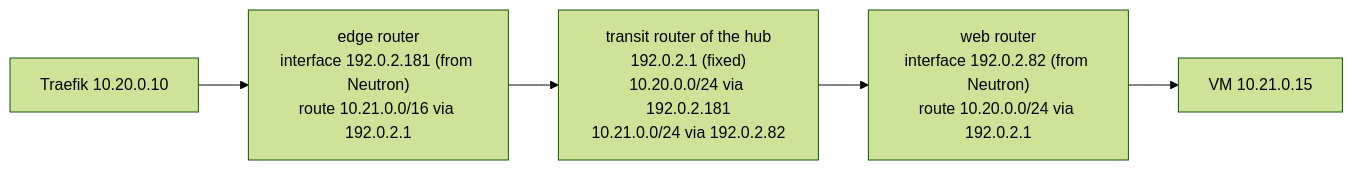
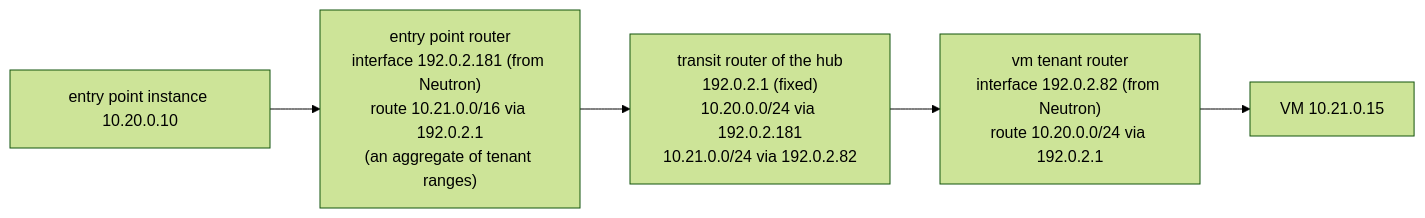
One commit to CyprisTech/openstack-multitenant-reference changed the second of 2 diagrams in docs/concepts/plane-attachment.md. Above: the diagram before and after it, drawn with Mermaid (forest theme). The commit also changed other lines of this file and 45 other files, not shown here.

````diff
--- a/docs/concepts/plane-attachment.md
+++ b/docs/concepts/plane-attachment.md
@@ -37,7 +37,7 @@
 ```mermaid
 flowchart LR
-    T["Traefik 10.20.0.10"] --> RE["edge router<br/>interface 192.0.2.181 (from Neutron)<br/>route 10.21.0.0/16 via 192.0.2.1"]
+    T["entry point instance 10.20.0.10"] --> RE["entry point router<br/>interface 192.0.2.181 (from Neutron)<br/>route 10.21.0.0/16 via 192.0.2.1<br/>(an aggregate of tenant ranges)"]
     RE --> TR["transit router of the hub<br/>192.0.2.1 (fixed)<br/>10.20.0.0/24 via 192.0.2.181<br/>10.21.0.0/24 via 192.0.2.82"]
-    TR --> RW["web router<br/>interface 192.0.2.82 (from Neutron)<br/>route 10.20.0.0/24 via 192.0.2.1"]
+    TR --> RW["vm tenant router<br/>interface 192.0.2.82 (from Neutron)<br/>route 10.20.0.0/24 via 192.0.2.1"]
     RW --> V["VM 10.21.0.15"]
 ```
````
